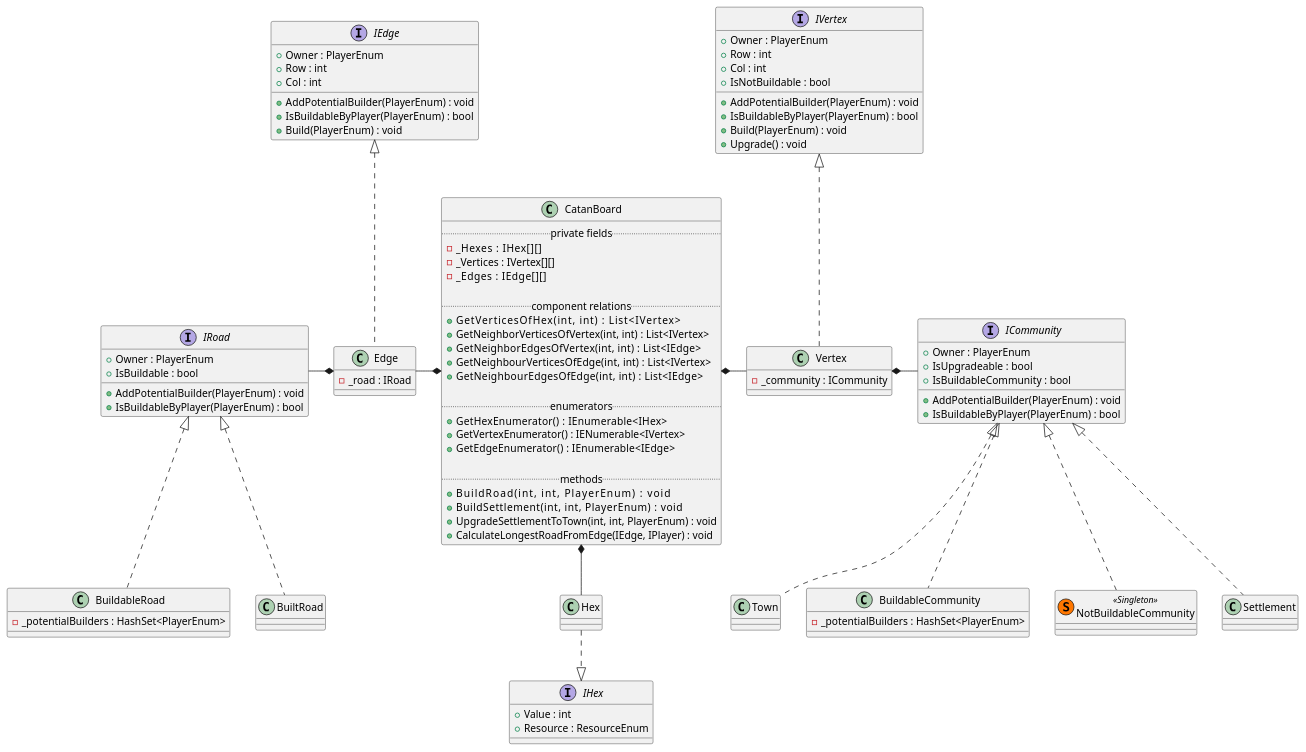
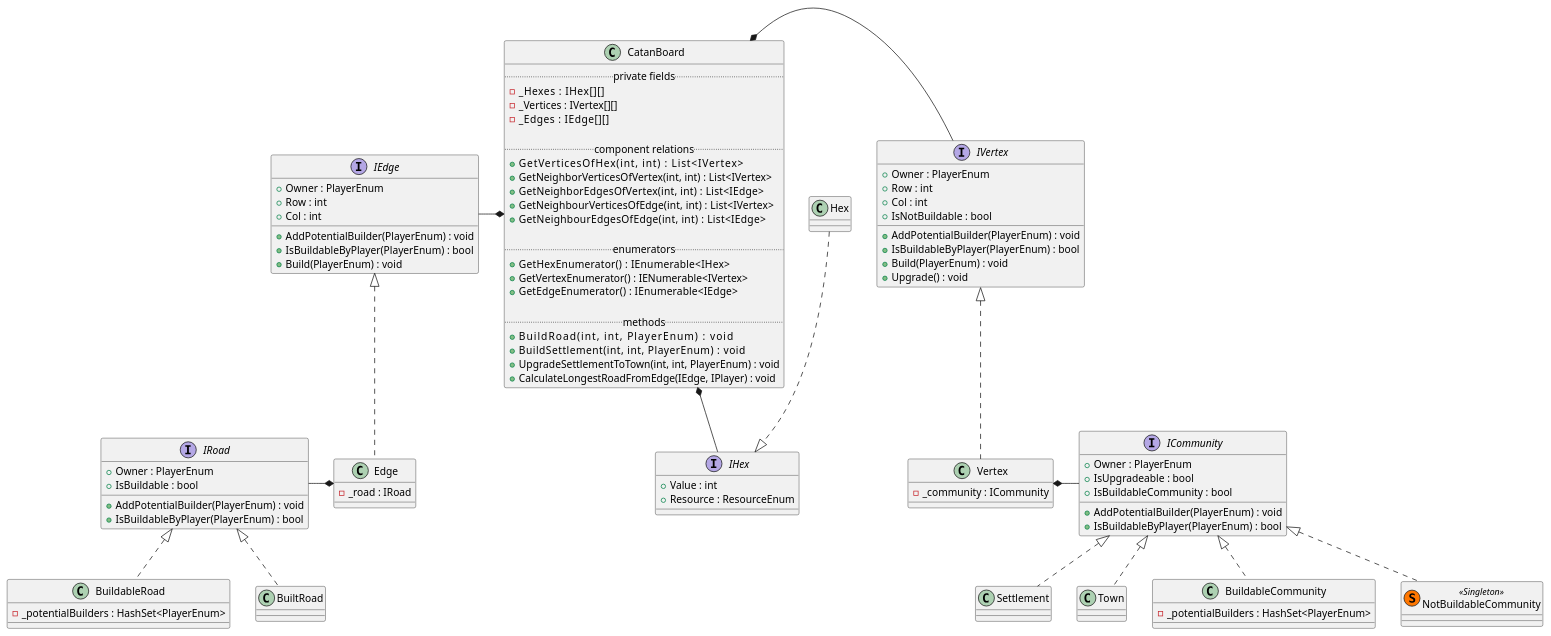
One commit to jacintfodor/Catan changed the diagram in documentation/plantuml/board.iuml. Above: the diagram before and after it, drawn with PlantUML.

Commit message:
Update board.iuml
DI

```diff
--- a/documentation/plantuml/board.iuml
+++ b/documentation/plantuml/board.iuml
@@ -1,108 +1,108 @@
 @startuml
 class CatanBoard {
     ..private fields..
 	-_Hexes    : IHex[][]
     -_Vertices : IVertex[][]
     -_Edges    : IEdge[][]
     
 	..component relations..
     +GetVerticesOfHex(int, int)             : List<IVertex>
     +GetNeighborVerticesOfVertex(int, int)  : List<IVertex>
     +GetNeighborEdgesOfVertex(int, int)     : List<IEdge>
     +GetNeighbourVerticesOfEdge(int, int)   : List<IVertex>
     +GetNeighbourEdgesOfEdge(int, int)      : List<IEdge>
     
 	..enumerators..
     +GetHexEnumerator()    : IEnumerable<IHex>
     +GetVertexEnumerator() : IENumerable<IVertex>
     +GetEdgeEnumerator()   : IEnumerable<IEdge>
 
     ..methods..
     +BuildRoad(int, int, PlayerEnum)               : void
     +BuildSettlement(int, int, PlayerEnum)         : void
     +UpgradeSettlementToTown(int, int, PlayerEnum) : void
     +CalculateLongestRoadFromEdge(IEdge, IPlayer) : void
 }
 
 interface IVertex
 {
     +Owner : PlayerEnum
     +Row : int
     +Col : int
     +AddPotentialBuilder(PlayerEnum) : void
     +IsBuildableByPlayer(PlayerEnum) : bool
     +IsNotBuildable : bool
     +Build(PlayerEnum) : void
     +Upgrade() : void
 }
 
 class Vertex implements IVertex{
     -_community : ICommunity
 }
 
 interface ICommunity{
     +Owner : PlayerEnum
     +AddPotentialBuilder(PlayerEnum) : void
     +IsBuildableByPlayer(PlayerEnum) : bool
     +IsUpgradeable : bool
     +IsBuildableCommunity : bool
 }
 
 Vertex *-right- ICommunity
 
 class BuildableCommunity implements ICommunity
 {
     -_potentialBuilders : HashSet<PlayerEnum>
 }
 class NotBuildableCommunity << (S,#FF7700) Singleton >> implements ICommunity
 class Settlement implements ICommunity
 class Town implements ICommunity
 
 interface IEdge 
 {
     +Owner : PlayerEnum
     +Row : int
     +Col : int
     +AddPotentialBuilder(PlayerEnum) : void
     +IsBuildableByPlayer(PlayerEnum) : bool
     +Build(PlayerEnum) : void
 }
 
 class Edge implements IEdge
 {
     -_road : IRoad
 }
 
 interface IRoad
 {
     +Owner : PlayerEnum
     +IsBuildable : bool
     +AddPotentialBuilder(PlayerEnum) : void
     +IsBuildableByPlayer(PlayerEnum) : bool
 }
 Edge *-left- IRoad
 
 class BuildableRoad implements IRoad
 {
     -_potentialBuilders : HashSet<PlayerEnum>
 }
 
 class BuiltRoad implements IRoad
 
 interface IHex
 {
     +Value : int
     +Resource : ResourceEnum
 }
 
 class Hex
 {
     
 }
 
 Hex .down.|> IHex
-CatanBoard *-right- Vertex
-CatanBoard *-left- Edge
-CatanBoard *-- Hex
+CatanBoard *-right- IVertex
+CatanBoard *-left- IEdge
+CatanBoard *-- IHex
 
 @enduml
```
